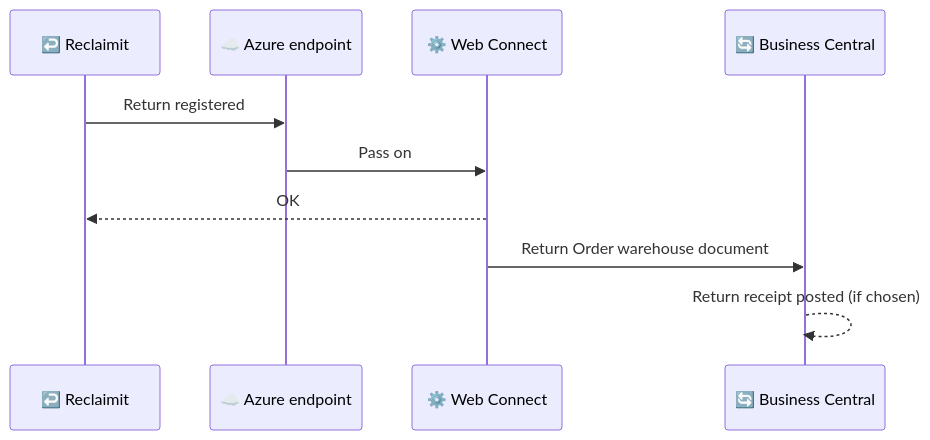
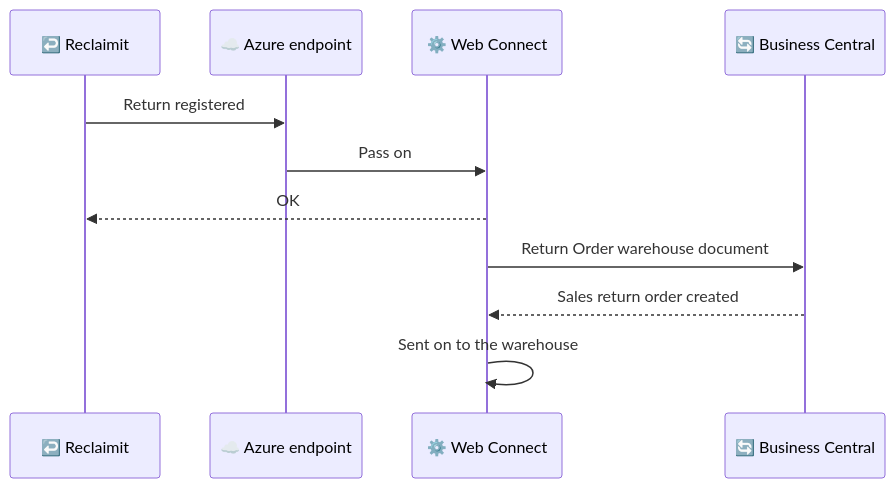
The second of 2 diagrams in docs/products/web-connect/integrations/reclaimit/flows/return-orders.md (Combine-IT-ab/docs-general), drawn with Mermaid before and after one commit. The commit also changed other lines of this file and 2 other files, not shown here.

````diff
--- a/docs/products/web-connect/integrations/reclaimit/flows/return-orders.md
+++ b/docs/products/web-connect/integrations/reclaimit/flows/return-orders.md
@@ -75,13 +75,14 @@
 ```mermaid
 sequenceDiagram
     participant RE as ↩️ Reclaimit
     participant P as ☁️ Azure endpoint
     participant WC as ⚙️ Web Connect
     participant BC as 🔄 Business Central
 
     RE->>P: Return registered
     P->>WC: Pass on
     WC-->>RE: OK
     WC->>BC: Return Order warehouse document
-    BC-->>BC: Return receipt posted (if chosen)
+    BC-->>WC: Sales return order created
+    WC->>WC: Sent on to the warehouse
 ```
````
